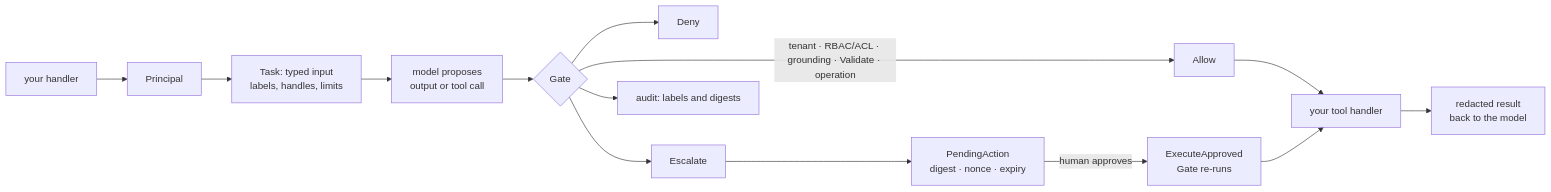
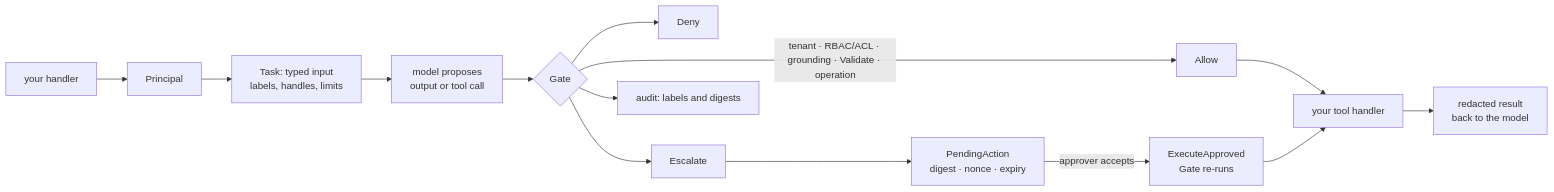
The diagram in README.md (KirillYuzh/Gobellim), drawn with Mermaid before and after one commit. The commit also changed other lines of this file and 5 other files, not shown here.

````diff
--- a/README.md
+++ b/README.md
@@ -75,16 +75,16 @@
 ```mermaid
 flowchart LR
     H["your handler"] --> P["Principal"]
     P --> T["Task: typed input<br/>labels, handles, limits"]
     T --> M["model proposes<br/>output or tool call"]
     M --> G{"Gate"}
     G -->|"tenant · RBAC/ACL · grounding · Validate · operation"| A["Allow"]
     G --> D["Deny"]
     G --> E["Escalate"]
     A --> X["your tool handler"]
     X --> R["redacted result<br/>back to the model"]
     E --> C["PendingAction<br/>digest · nonce · expiry"]
-    C -->|"human approves"| EA["ExecuteApproved<br/>Gate re-runs"]
+    C -->|"approver accepts"| EA["ExecuteApproved<br/>Gate re-runs"]
     EA --> X
     G --> AU["audit: labels and digests"]
 ```
````
